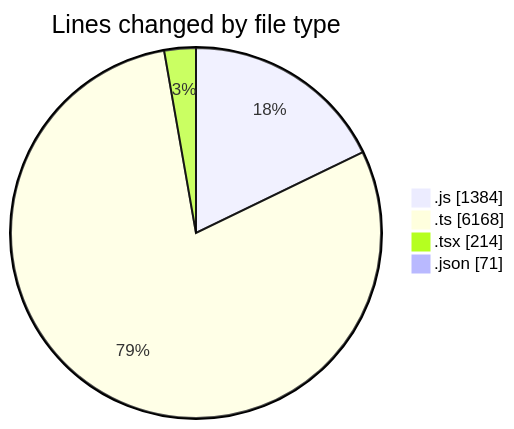
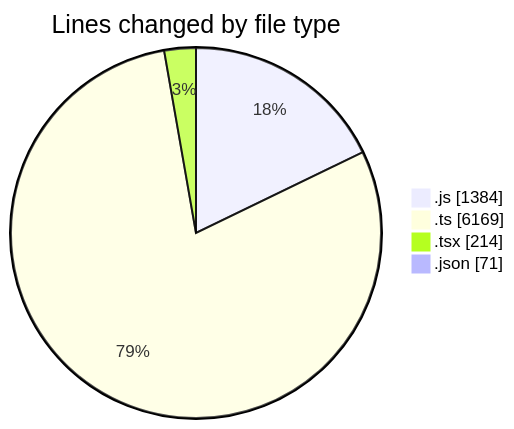
One commit to momahboobian/code-tracking changed the first of 2 diagrams in 2026-02-04/cda/README.md. Above: the diagram before and after it, drawn with Mermaid. The commit also changed other lines of this file and 1 other file, not shown here.

````diff
--- a/2026-02-04/cda/README.md
+++ b/2026-02-04/cda/README.md
@@ -27,8 +27,8 @@
 ```mermaid
 pie showData
 title Lines changed by file type
 ".js" : 1384
-".ts" : 6168
+".ts" : 6169
 ".tsx" : 214
 ".json" : 71
 ```
````
